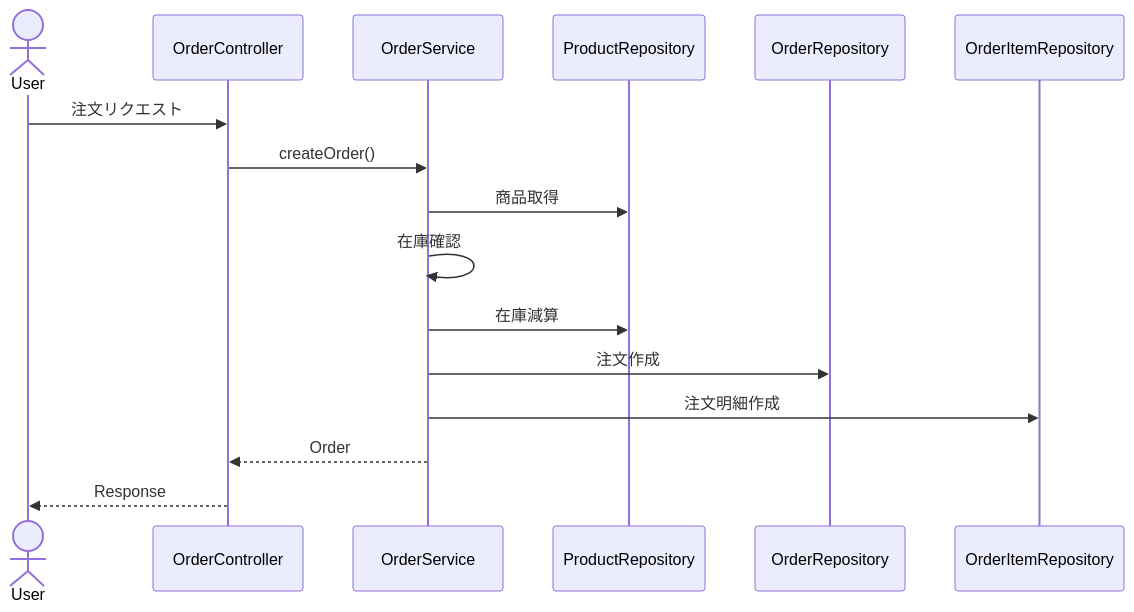
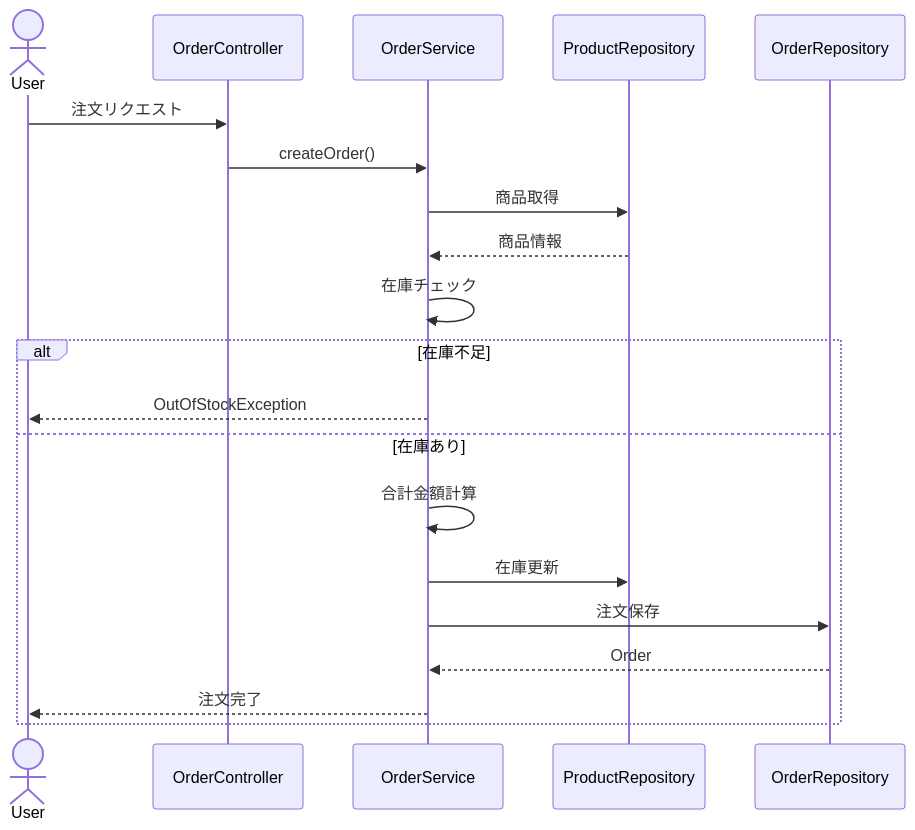
Before and after one commit to utl-flaxy/inventory-management-system: the second of 3 diagrams in README.md, drawn with Mermaid. The commit also changed other lines of this file, not shown here.

````diff
--- a/README.md
+++ b/README.md
@@ -240,23 +853,33 @@
 ```mermaid
 sequenceDiagram
 
 actor User
 
 User->>OrderController: 注文リクエスト
 
 OrderController->>OrderService: createOrder()
 
 OrderService->>ProductRepository: 商品取得
 
-OrderService->>OrderService: 在庫確認
+ProductRepository-->>OrderService: 商品情報
 
-OrderService->>ProductRepository: 在庫減算
+OrderService->>OrderService: 在庫チェック
 
-OrderService->>OrderRepository: 注文作成
+alt 在庫不足
 
-OrderService->>OrderItemRepository: 注文明細作成
+OrderService-->>User: OutOfStockException
 
-OrderService-->>OrderController: Order
+else 在庫あり
 
-OrderController-->>User: Response
+OrderService->>OrderService: 合計金額計算
+
+OrderService->>ProductRepository: 在庫更新
+
+OrderService->>OrderRepository: 注文保存
+
+OrderRepository-->>OrderService: Order
+
+OrderService-->>User: 注文完了
+
+end
 ```
````
